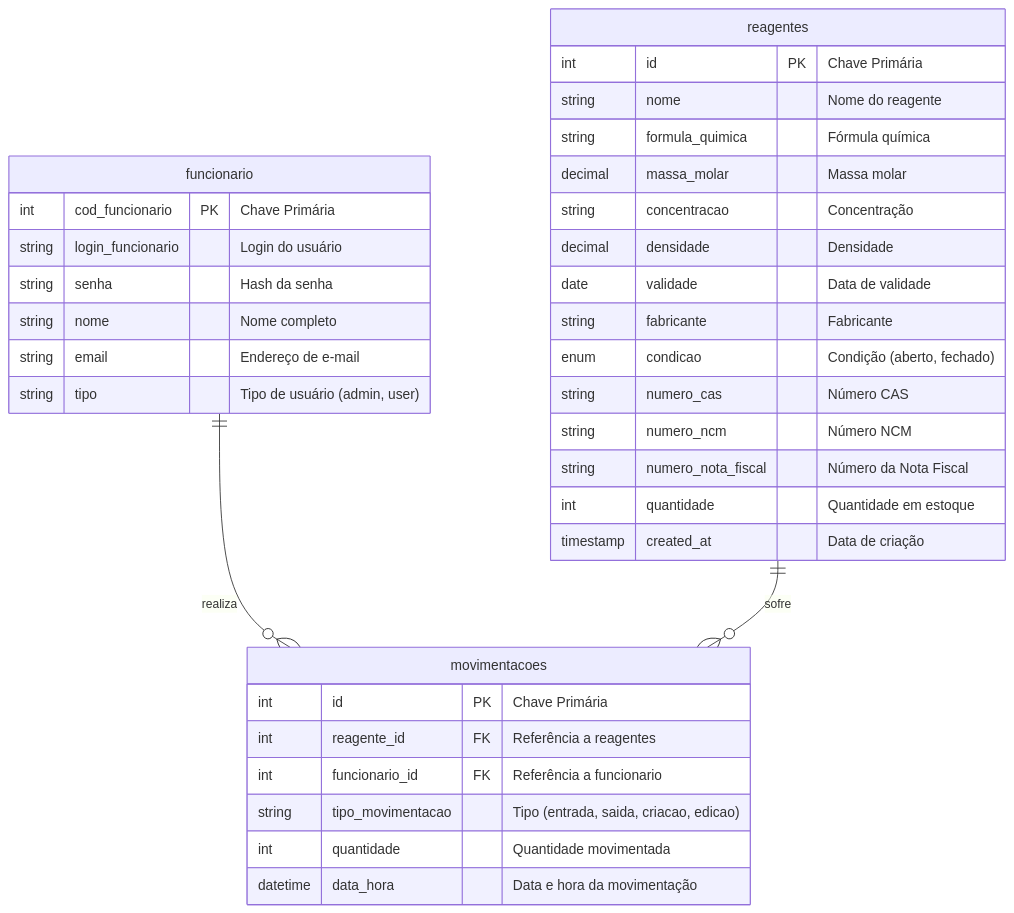
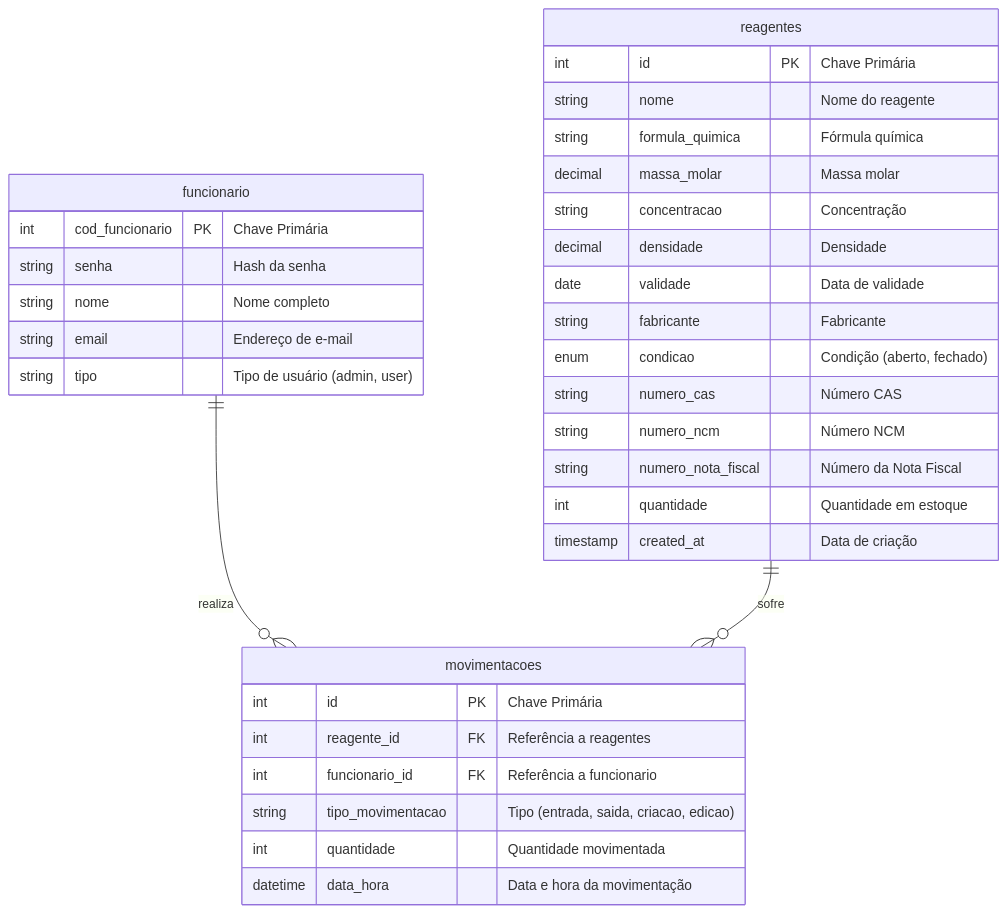
Before and after one commit to Tucelos/Chemicall: the diagram in diagrama_er.md, drawn with Mermaid. The commit also changed other lines of this file and 21 other files, not shown here.

````diff
--- a/diagrama_er.md
+++ b/diagrama_er.md
@@ -7,40 +7,39 @@
 ```mermaid
 erDiagram
     funcionario ||--o{ movimentacoes : "realiza"
     reagentes ||--o{ movimentacoes : "sofre"
 
     funcionario {
         int cod_funcionario PK "Chave Primária"
-        string login_funcionario "Login do usuário"
         string senha "Hash da senha"
         string nome "Nome completo"
         string email "Endereço de e-mail"
         string tipo "Tipo de usuário (admin, user)"
     }
 
     reagentes {
         int id PK "Chave Primária"
         string nome "Nome do reagente"
         string formula_quimica "Fórmula química"
         decimal massa_molar "Massa molar"
         string concentracao "Concentração"
         decimal densidade "Densidade"
         date validade "Data de validade"
         string fabricante "Fabricante"
         enum condicao "Condição (aberto, fechado)"
         string numero_cas "Número CAS"
         string numero_ncm "Número NCM"
         string numero_nota_fiscal "Número da Nota Fiscal"
         int quantidade "Quantidade em estoque"
         timestamp created_at "Data de criação"
     }
 
     movimentacoes {
         int id PK "Chave Primária"
         int reagente_id FK "Referência a reagentes"
         int funcionario_id FK "Referência a funcionario"
         string tipo_movimentacao "Tipo (entrada, saida, criacao, edicao)"
         int quantidade "Quantidade movimentada"
         datetime data_hora "Data e hora da movimentação"
     }
 ```
````
